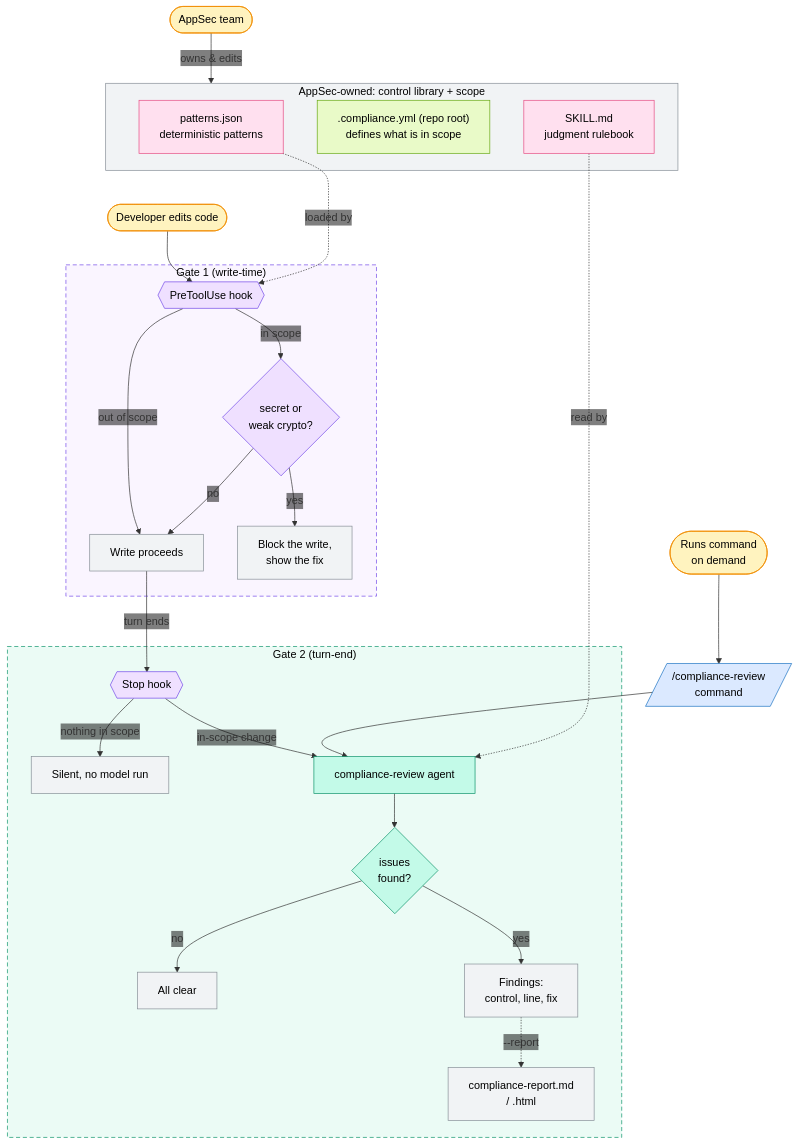
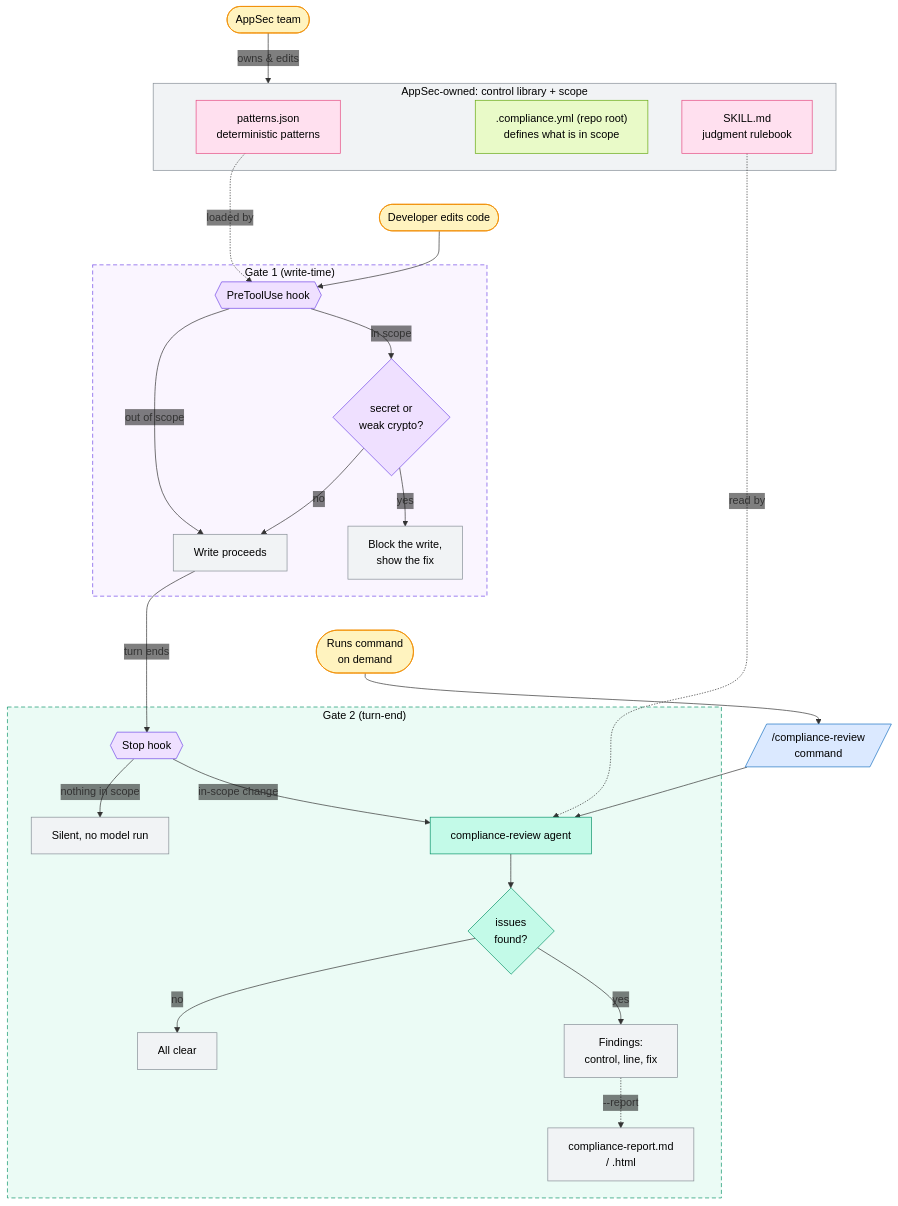
The second of 2 diagrams in README.md (Juantomasgomez7/compliance-support), drawn with Mermaid before and after one commit. The commit also changed other lines of this file and 1 other file, not shown here.

````diff
--- a/README.md
+++ b/README.md
@@ -74,64 +74,65 @@
 ```mermaid
 %%{init: {'themeVariables': {'edgeLabelBackground': 'transparent'}}}%%
 flowchart TD
     classDef human fill:#fff3bf,stroke:#f08c00,color:#000000
     classDef hook fill:#efe0ff,stroke:#7048e8,color:#000000
     classDef agent fill:#c3fae8,stroke:#099268,color:#000000
     classDef skill fill:#ffe0ef,stroke:#e64980,color:#000000
     classDef command fill:#dbe9ff,stroke:#1971c2,color:#000000
     classDef state fill:#f1f3f5,stroke:#868e96,color:#000000
     classDef config fill:#e9fac8,stroke:#66a80f,color:#000000
 
     APPSEC(["AppSec team"]) -->|"owns & edits"| CL
     subgraph CL["AppSec-owned: control library + scope"]
         PATT["patterns.json<br/>deterministic patterns"]
         SCOPE[".compliance.yml (repo root)<br/>defines what is in scope"]
         SKILLMD["SKILL.md<br/>judgment rulebook"]
     end
     CL ~~~ DEV([Developer edits code])
 
     subgraph G1["Gate 1 (write-time)"]
         H1{{"PreToolUse hook"}}
         VIOL{"secret or<br/>weak crypto?"}
         SAVE["Write proceeds"]
         BLOCK["Block the write,<br/>show the fix"]
     end
 
     subgraph G2["Gate 2 (turn-end)"]
         H2{{"Stop hook"}}
         SILENT["Silent, no model run"]
         AGENT["compliance-review agent"]
         REVIEW{"issues<br/>found?"}
         CLEAN["All clear"]
         OUT["Findings:<br/>control, line, fix"]
         REPORT["compliance-report.md<br/>/ .html"]
     end
 
     DEV --> H1
     PATT -.->|"loaded by"| H1
     H1 -->|"out of scope"| SAVE
     H1 -->|"in scope"| VIOL
     VIOL -->|"no"| SAVE
     VIOL -->|"yes"| BLOCK
     SAVE -->|"turn ends"| H2
     H2 -->|"nothing in scope"| SILENT
     H2 -->|"in-scope change"| AGENT
     RUN(["Runs command<br/>on demand"]) --> CMD[/"/compliance-review<br/>command"/]
+    SAVE ~~~ RUN
     CMD --> AGENT
     SKILLMD -.->|"read by"| AGENT
     AGENT --> REVIEW
     REVIEW -->|"no"| CLEAN
     REVIEW -->|"yes"| OUT
     OUT -.->|"--report"| REPORT
 
     class DEV,APPSEC,RUN human
     class H1,H2,VIOL hook
     class AGENT,REVIEW agent
     class PATT,SKILLMD skill
     class SCOPE config
     class CMD command
     class BLOCK,SAVE,SILENT,OUT,CLEAN,REPORT state
     style CL fill:#f1f3f5,stroke:#868e96,color:#000000
     style G1 fill:#faf5ff,stroke:#7048e8,stroke-dasharray:6 4,color:#000000
     style G2 fill:#ebfbf5,stroke:#099268,stroke-dasharray:6 4,color:#000000
 ```
````
